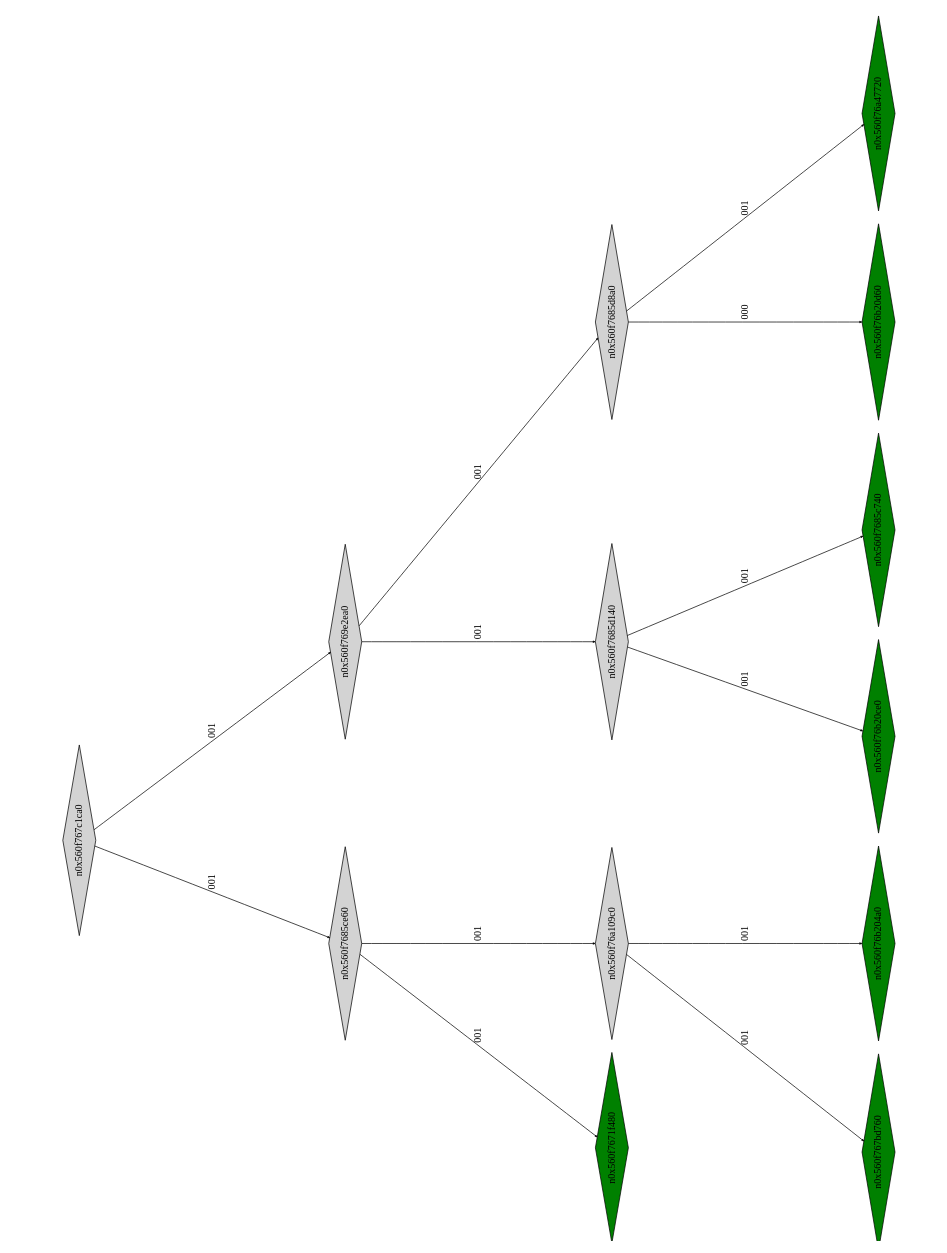
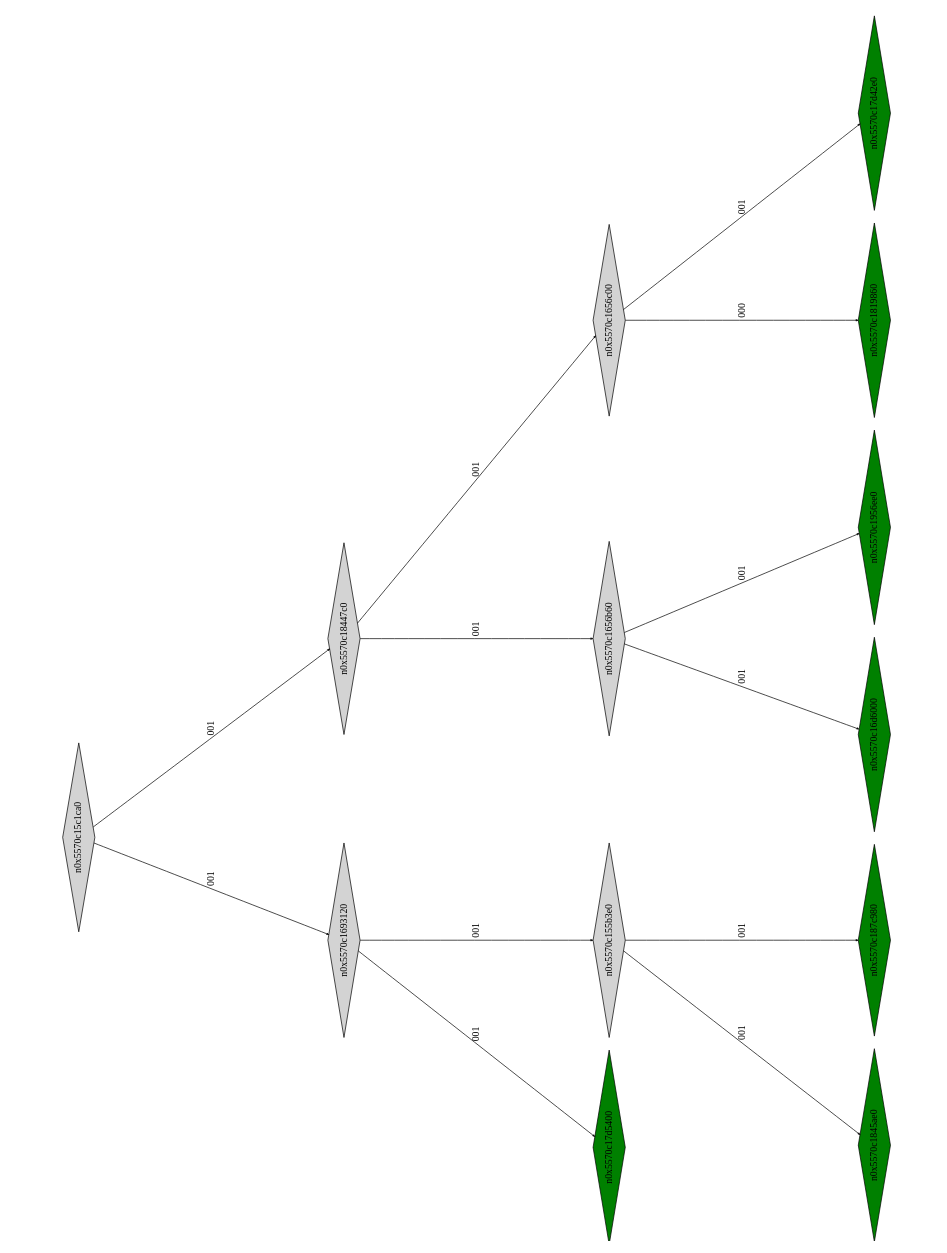
One commit to Research-Tools-PAVT/PSE-Program-Examples changed the diagram in montyhall_klee_out/ptree_00001056.dot. Above: the diagram before and after it, drawn with Graphviz. The commit also changed 38 other files, not shown here.

```diff
--- a/montyhall_klee_out/ptree_00001056.dot
+++ b/montyhall_klee_out/ptree_00001056.dot
@@ -1,33 +1,33 @@
 digraph G {
 	size="10,7.5";
 	ratio=fill;
 	rotate=90;
 	center = "true";
 	node [style="filled",width=.1,height=.1,fontname="Terminus"]
 	edge [arrowsize=.3]
-	n0x560f767c1ca0 [shape=diamond];
-	n0x560f767c1ca0 -> n0x560f7685ce60 [label=001];
-	n0x560f767c1ca0 -> n0x560f769e2ea0 [label=001];
-	n0x560f769e2ea0 [shape=diamond];
-	n0x560f769e2ea0 -> n0x560f7685d140 [label=001];
-	n0x560f769e2ea0 -> n0x560f7685d8a0 [label=001];
-	n0x560f7685d8a0 [shape=diamond];
-	n0x560f7685d8a0 -> n0x560f76b20d60 [label=000];
-	n0x560f7685d8a0 -> n0x560f76a47720 [label=001];
-	n0x560f76a47720 [shape=diamond,fillcolor=green];
-	n0x560f76b20d60 [shape=diamond,fillcolor=green];
-	n0x560f7685d140 [shape=diamond];
-	n0x560f7685d140 -> n0x560f76b20ce0 [label=001];
-	n0x560f7685d140 -> n0x560f7685c740 [label=001];
-	n0x560f7685c740 [shape=diamond,fillcolor=green];
-	n0x560f76b20ce0 [shape=diamond,fillcolor=green];
-	n0x560f7685ce60 [shape=diamond];
-	n0x560f7685ce60 -> n0x560f7671f480 [label=001];
-	n0x560f7685ce60 -> n0x560f76a109c0 [label=001];
-	n0x560f76a109c0 [shape=diamond];
-	n0x560f76a109c0 -> n0x560f767bd760 [label=001];
-	n0x560f76a109c0 -> n0x560f76b204a0 [label=001];
-	n0x560f76b204a0 [shape=diamond,fillcolor=green];
-	n0x560f767bd760 [shape=diamond,fillcolor=green];
-	n0x560f7671f480 [shape=diamond,fillcolor=green];
+	n0x5570c15c1ca0 [shape=diamond];
+	n0x5570c15c1ca0 -> n0x5570c1693120 [label=001];
+	n0x5570c15c1ca0 -> n0x5570c18447c0 [label=001];
+	n0x5570c18447c0 [shape=diamond];
+	n0x5570c18447c0 -> n0x5570c1656b60 [label=001];
+	n0x5570c18447c0 -> n0x5570c1656c00 [label=001];
+	n0x5570c1656c00 [shape=diamond];
+	n0x5570c1656c00 -> n0x5570c1819860 [label=000];
+	n0x5570c1656c00 -> n0x5570c17d42e0 [label=001];
+	n0x5570c17d42e0 [shape=diamond,fillcolor=green];
+	n0x5570c1819860 [shape=diamond,fillcolor=green];
+	n0x5570c1656b60 [shape=diamond];
+	n0x5570c1656b60 -> n0x5570c16d6000 [label=001];
+	n0x5570c1656b60 -> n0x5570c1956ee0 [label=001];
+	n0x5570c1956ee0 [shape=diamond,fillcolor=green];
+	n0x5570c16d6000 [shape=diamond,fillcolor=green];
+	n0x5570c1693120 [shape=diamond];
+	n0x5570c1693120 -> n0x5570c17d5400 [label=001];
+	n0x5570c1693120 -> n0x5570c155b3e0 [label=001];
+	n0x5570c155b3e0 [shape=diamond];
+	n0x5570c155b3e0 -> n0x5570c1845ae0 [label=001];
+	n0x5570c155b3e0 -> n0x5570c187c980 [label=001];
+	n0x5570c187c980 [shape=diamond,fillcolor=green];
+	n0x5570c1845ae0 [shape=diamond,fillcolor=green];
+	n0x5570c17d5400 [shape=diamond,fillcolor=green];
 }
```
